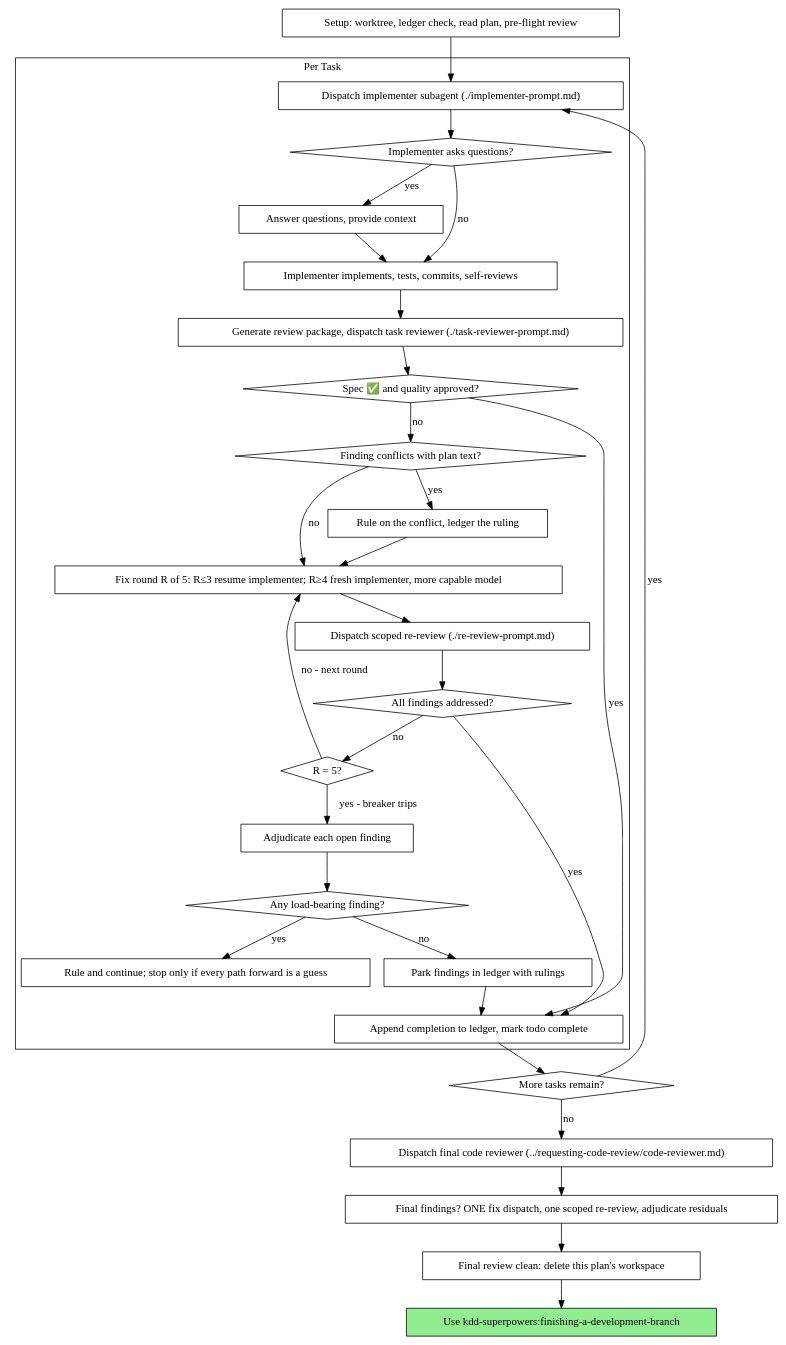
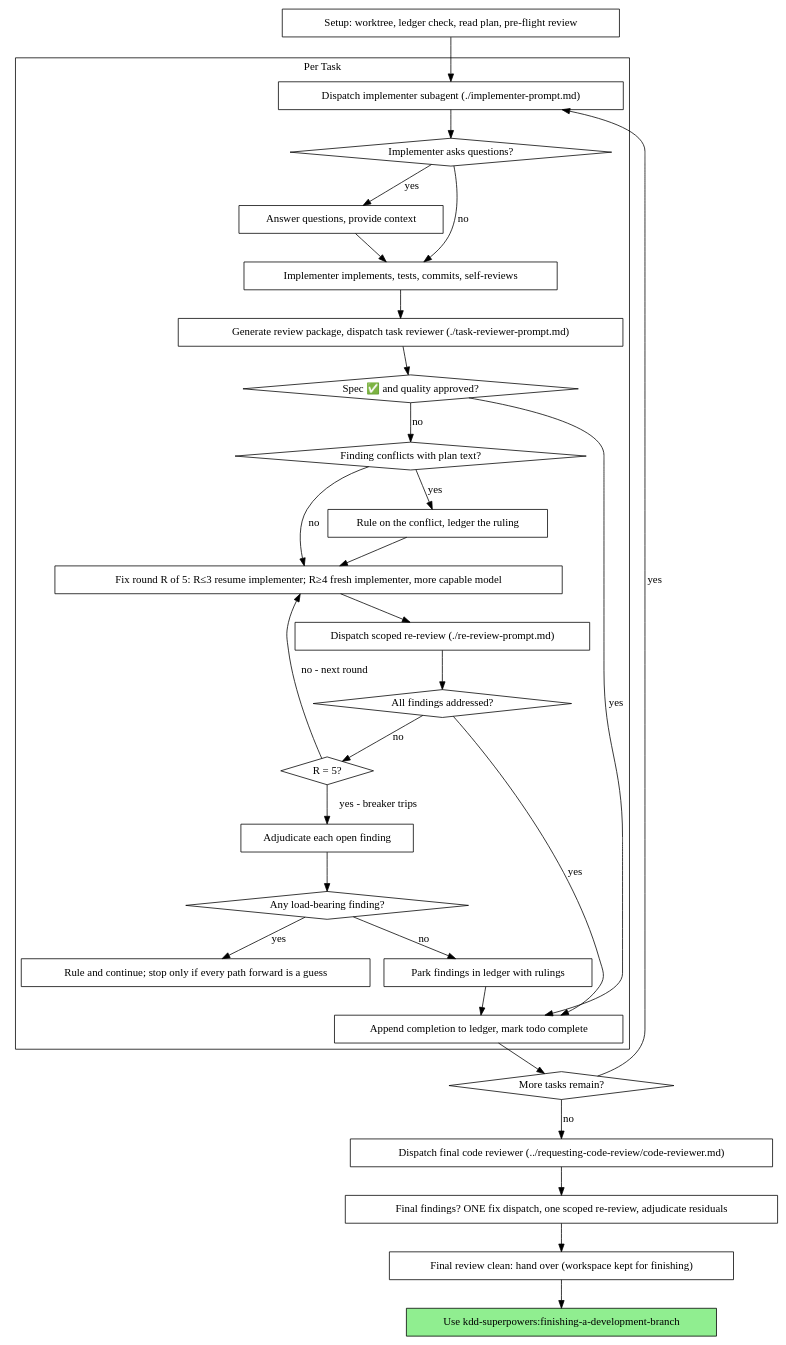
One commit to jmbruzos/superpowers changed the second of 2 diagrams in skills/subagent-driven-development/SKILL.md. Above: the diagram before and after it, drawn with Graphviz. The commit also changed other lines of this file and 31 other files, not shown here.

First line of the commit message:
fix(WRK-PLAN-FORK-CORE-001): final review wave — chronicle lifecycle, bounded finishing, gate rulings, script cwd robustness, residue

````diff
--- a/skills/subagent-driven-development/SKILL.md
+++ b/skills/subagent-driven-development/SKILL.md
@@ -68,62 +68,62 @@
 ```dot
 digraph process {
     rankdir=TB;
 
     subgraph cluster_per_task {
         label="Per Task";
         "Dispatch implementer subagent (./implementer-prompt.md)" [shape=box];
         "Implementer asks questions?" [shape=diamond];
         "Answer questions, provide context" [shape=box];
         "Implementer implements, tests, commits, self-reviews" [shape=box];
         "Generate review package, dispatch task reviewer (./task-reviewer-prompt.md)" [shape=box];
         "Spec ✅ and quality approved?" [shape=diamond];
         "Finding conflicts with plan text?" [shape=diamond];
         "Rule on the conflict, ledger the ruling" [shape=box];
         "Fix round R of 5: R≤3 resume implementer; R≥4 fresh implementer, more capable model" [shape=box];
         "Dispatch scoped re-review (./re-review-prompt.md)" [shape=box];
         "All findings addressed?" [shape=diamond];
         "R = 5?" [shape=diamond];
         "Adjudicate each open finding" [shape=box];
         "Any load-bearing finding?" [shape=diamond];
         "Rule and continue; stop only if every path forward is a guess" [shape=box];
         "Park findings in ledger with rulings" [shape=box];
         "Append completion to ledger, mark todo complete" [shape=box];
     }
 
     "Setup: worktree, ledger check, read plan, pre-flight review" [shape=box];
     "More tasks remain?" [shape=diamond];
     "Dispatch final code reviewer (../requesting-code-review/code-reviewer.md)" [shape=box];
     "Final findings? ONE fix dispatch, one scoped re-review, adjudicate residuals" [shape=box];
-    "Final review clean: delete this plan's workspace" [shape=box];
+    "Final review clean: hand over (workspace kept for finishing)" [shape=box];
     "Use kdd-superpowers:finishing-a-development-branch" [shape=box style=filled fillcolor=lightgreen];
 
     "Setup: worktree, ledger check, read plan, pre-flight review" -> "Dispatch implementer subagent (./implementer-prompt.md)";
     "Dispatch implementer subagent (./implementer-prompt.md)" -> "Implementer asks questions?";
     "Implementer asks questions?" -> "Answer questions, provide context" [label="yes"];
     "Answer questions, provide context" -> "Implementer implements, tests, commits, self-reviews";
     "Implementer asks questions?" -> "Implementer implements, tests, commits, self-reviews" [label="no"];
     "Implementer implements, tests, commits, self-reviews" -> "Generate review package, dispatch task reviewer (./task-reviewer-prompt.md)";
     "Generate review package, dispatch task reviewer (./task-reviewer-prompt.md)" -> "Spec ✅ and quality approved?";
     "Spec ✅ and quality approved?" -> "Append completion to ledger, mark todo complete" [label="yes"];
     "Spec ✅ and quality approved?" -> "Finding conflicts with plan text?" [label="no"];
     "Finding conflicts with plan text?" -> "Rule on the conflict, ledger the ruling" [label="yes"];
     "Rule on the conflict, ledger the ruling" -> "Fix round R of 5: R≤3 resume implementer; R≥4 fresh implementer, more capable model";
     "Finding conflicts with plan text?" -> "Fix round R of 5: R≤3 resume implementer; R≥4 fresh implementer, more capable model" [label="no"];
     "Fix round R of 5: R≤3 resume implementer; R≥4 fresh implementer, more capable model" -> "Dispatch scoped re-review (./re-review-prompt.md)";
     "Dispatch scoped re-review (./re-review-prompt.md)" -> "All findings addressed?";
     "All findings addressed?" -> "Append completion to ledger, mark todo complete" [label="yes"];
     "All findings addressed?" -> "R = 5?" [label="no"];
     "R = 5?" -> "Fix round R of 5: R≤3 resume implementer; R≥4 fresh implementer, more capable model" [label="no - next round"];
     "R = 5?" -> "Adjudicate each open finding" [label="yes - breaker trips"];
     "Adjudicate each open finding" -> "Any load-bearing finding?";
     "Any load-bearing finding?" -> "Rule and continue; stop only if every path forward is a guess" [label="yes"];
     "Any load-bearing finding?" -> "Park findings in ledger with rulings" [label="no"];
     "Park findings in ledger with rulings" -> "Append completion to ledger, mark todo complete";
     "Append completion to ledger, mark todo complete" -> "More tasks remain?";
     "More tasks remain?" -> "Dispatch implementer subagent (./implementer-prompt.md)" [label="yes"];
     "More tasks remain?" -> "Dispatch final code reviewer (../requesting-code-review/code-reviewer.md)" [label="no"];
     "Dispatch final code reviewer (../requesting-code-review/code-reviewer.md)" -> "Final findings? ONE fix dispatch, one scoped re-review, adjudicate residuals";
-    "Final findings? ONE fix dispatch, one scoped re-review, adjudicate residuals" -> "Final review clean: delete this plan's workspace";
-    "Final review clean: delete this plan's workspace" -> "Use kdd-superpowers:finishing-a-development-branch";
+    "Final findings? ONE fix dispatch, one scoped re-review, adjudicate residuals" -> "Final review clean: hand over (workspace kept for finishing)";
+    "Final review clean: hand over (workspace kept for finishing)" -> "Use kdd-superpowers:finishing-a-development-branch";
 }
 ```
````
